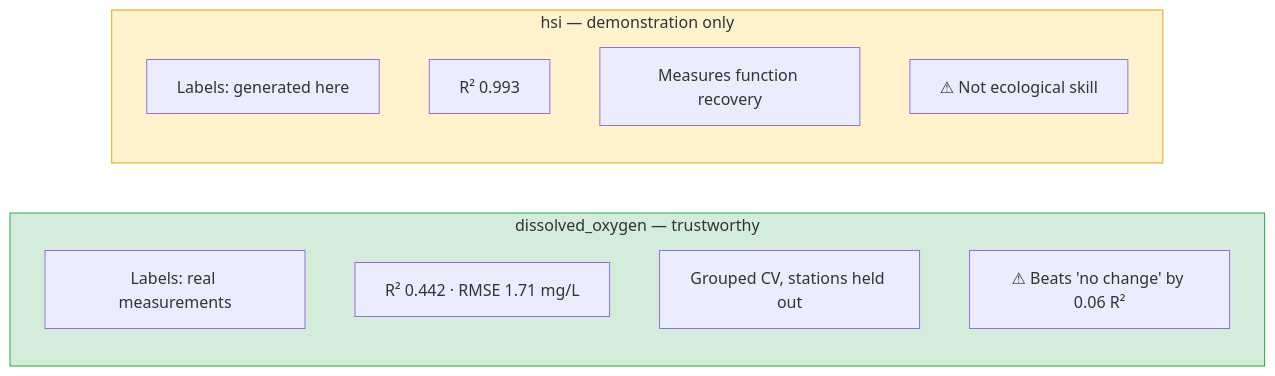
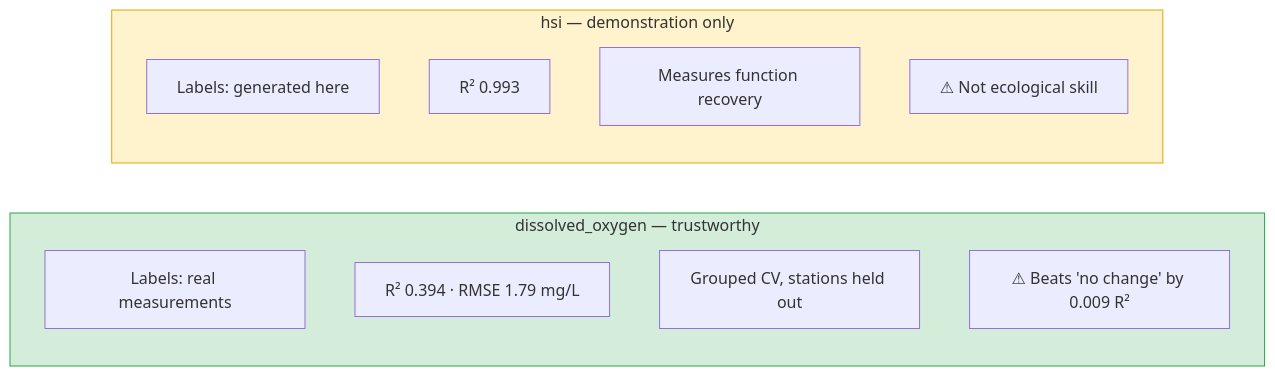
Before and after one commit to kiruthick01/AquaNexus: the second of 3 diagrams in README.md, drawn with Mermaid. The commit also changed other lines of this file and 13 other files, not shown here.

````diff
--- a/README.md
+++ b/README.md
@@ -163,17 +166,17 @@
 ```mermaid
 flowchart LR
     subgraph REAL["dissolved_oxygen — trustworthy"]
         R1["Labels: real measurements"]
-        R2["R² 0.442 · RMSE 1.71 mg/L"]
+        R2["R² 0.394 · RMSE 1.79 mg/L"]
         R3["Grouped CV, stations held out"]
-        R4["⚠ Beats 'no change' by 0.06 R²"]
+        R4["⚠ Beats 'no change' by 0.009 R²"]
     end
     subgraph SYNTH["hsi — demonstration only"]
         S1["Labels: generated here"]
         S2["R² 0.993"]
         S3["Measures function recovery"]
         S4["⚠ Not ecological skill"]
     end
     style REAL fill:#d4edda,stroke:#28a745
     style SYNTH fill:#fff3cd,stroke:#e0a800
 ```
````
